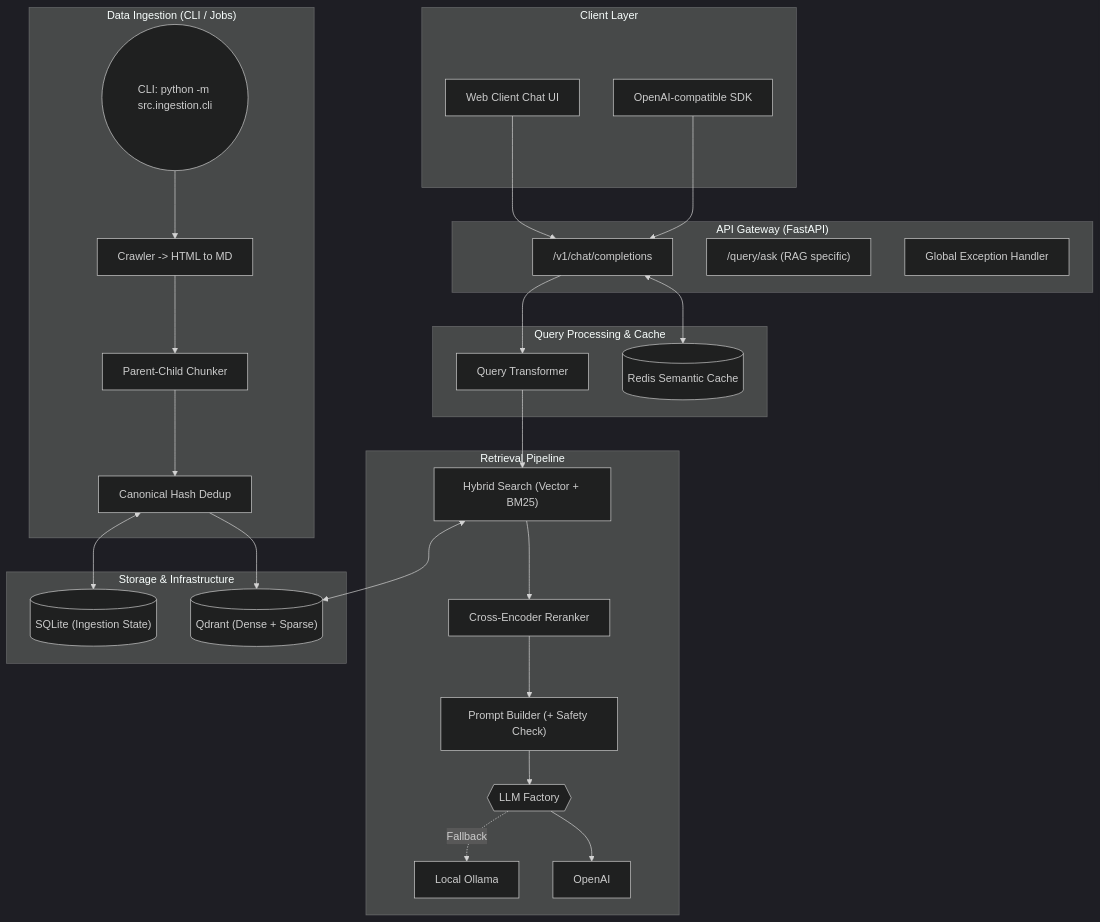
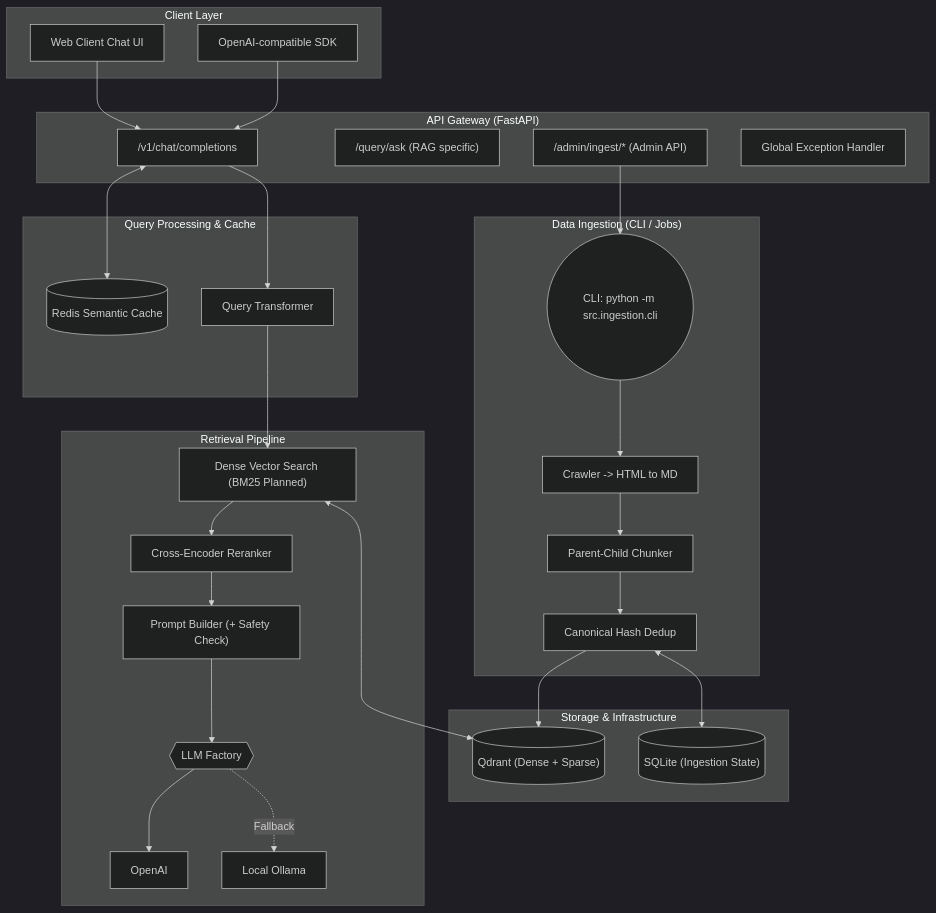
The diagram in README.md (ToooAir/german-visa-rag), drawn with Mermaid (dark theme) before and after one commit. The commit also changed other lines of this file and 1 other file, not shown here.

Commit message:
docs: update READMEs to clarify hybrid search, add Admin API, frontend build instructions, expanded ingestion CLI examples, and detailed SSE response structure.

````diff
--- a/README.md
+++ b/README.md
@@ -35,51 +35,53 @@
 ```mermaid
 graph TB
     subgraph "Client Layer"
         A1["Web Client Chat UI"]
         A2["OpenAI-compatible SDK"]
     end
 
     subgraph "API Gateway (FastAPI)"
         B1["/v1/chat/completions"]
         B2["/query/ask (RAG specific)"]
+        B3["/admin/ingest/* (Admin API)"]
         EH["Global Exception Handler"]
     end
 
     subgraph "Query Processing & Cache"
         C1["Query Transformer"]
         E2[("Redis Semantic Cache")]
     end
 
     subgraph "Retrieval Pipeline"
-        D1["Hybrid Search (Vector + BM25)"]
+        D1["Dense Vector Search (BM25 Planned)"]
         D2["Cross-Encoder Reranker"]
         D3["Prompt Builder (+ Safety Check)"]
         F1{{"LLM Factory"}}
         LLM_A["OpenAI"]
         LLM_B["Local Ollama"]
     end
 
     subgraph "Data Ingestion (CLI / Jobs)"
         G0(("CLI: python -m src.ingestion.cli"))
         G1["Crawler -> HTML to MD"]
         G2["Parent-Child Chunker"]
         G3["Canonical Hash Dedup"]
     end
 
     subgraph "Storage & Infrastructure"
         E1[("Qdrant (Dense + Sparse)")]
         E3[("SQLite (Ingestion State)")]
     end
 
     A1 --> B1
     A2 --> B1
     B1 <--> E2
     B1 --> C1 --> D1 --> D2 --> D3
     D3 --> F1
     F1 --> LLM_A
     F1 -. Fallback .-> LLM_B
     D1 <--> E1
+    B3 --> G0
     
     G0 --> G1 --> G2 --> G3 --> E1
     G3 <--> E3
 ```
````
